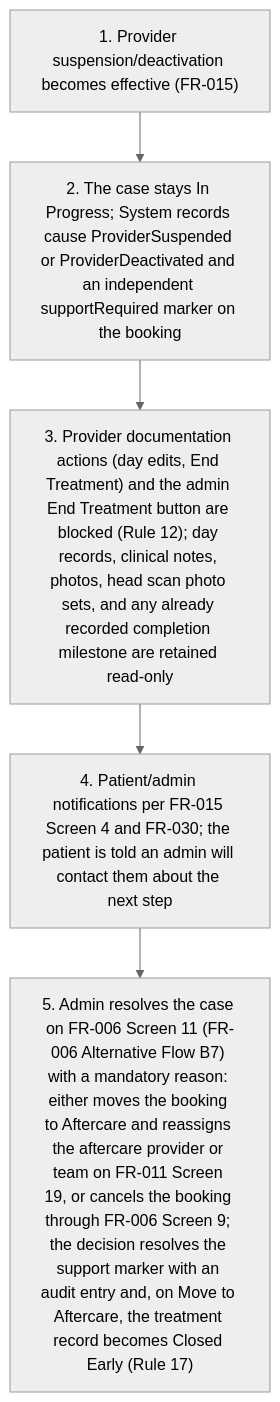
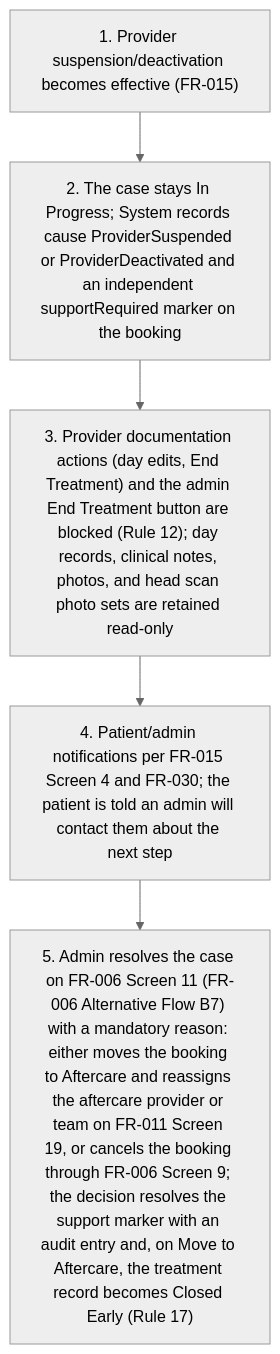
The ninth of 10 diagrams in project-requirements/functional-requirements/fr010-treatment-execution/prd.md (joachimtrungtuan/hairline-pm-docs), drawn with Mermaid (neutral theme) before and after one commit. The commit also changed other lines of this file and 5 other files, not shown here.

````diff
--- a/project-requirements/functional-requirements/fr010-treatment-execution/prd.md
+++ b/project-requirements/functional-requirements/fr010-treatment-execution/prd.md
@@ -240,8 +241,8 @@
 ```mermaid
 flowchart TD
   B5S1["1. Provider suspension/deactivation becomes effective (FR-015)"] --> B5S2
   B5S2["2. The case stays In Progress; System records cause ProviderSuspended or ProviderDeactivated and an independent supportRequired marker on the booking"] --> B5S3
-  B5S3["3. Provider documentation actions (day edits, End Treatment) and the admin End Treatment button are blocked (Rule 12); day records, clinical notes, photos, head scan photo sets, and any already recorded completion milestone are retained read-only"] --> B5S4
+  B5S3["3. Provider documentation actions (day edits, End Treatment) and the admin End Treatment button are blocked (Rule 12); day records, clinical notes, photos, and head scan photo sets are retained read-only"] --> B5S4
   B5S4["4. Patient/admin notifications per FR-015 Screen 4 and FR-030; the patient is told an admin will contact them about the next step"] --> B5S5
   B5S5["5. Admin resolves the case on FR-006 Screen 11 (FR-006 Alternative Flow B7) with a mandatory reason: either moves the booking to Aftercare and reassigns the aftercare provider or team on FR-011 Screen 19, or cancels the booking through FR-006 Screen 9; the decision resolves the support marker with an audit entry and, on Move to Aftercare, the treatment record becomes Closed Early (Rule 17)"]
 ```
````
